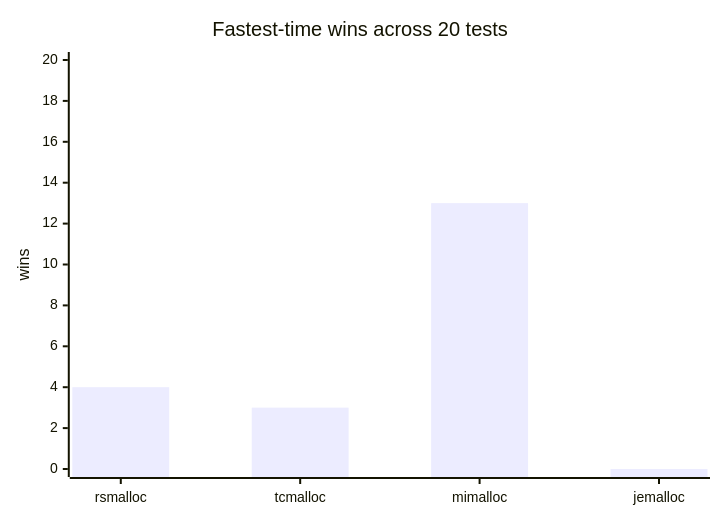
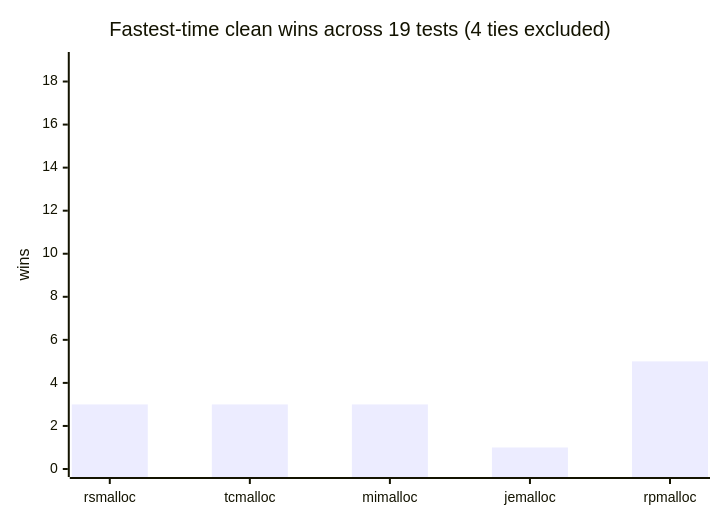
One commit to Metehan120/rsmalloc changed the first of 10 diagrams in benchmarks/benchmarks.md. Above: the diagram before and after it, drawn with Mermaid. The commit also changed other lines of this file and 64 other files, not shown here.

````diff
--- a/benchmarks/benchmarks.md
+++ b/benchmarks/benchmarks.md
@@ -77,7 +98,7 @@
 ```mermaid
 xychart-beta
-    title "Fastest-time wins across 20 tests"
-    x-axis [rsmalloc, tcmalloc, mimalloc, jemalloc]
-    y-axis "wins" 0 --> 20
-    bar [4, 3, 13, 0]
+    title "Fastest-time clean wins across 19 tests (4 ties excluded)"
+    x-axis [rsmalloc, tcmalloc, mimalloc, jemalloc, rpmalloc]
+    y-axis "wins" 0 --> 19
+    bar [3, 3, 3, 1, 5]
 ```
````
